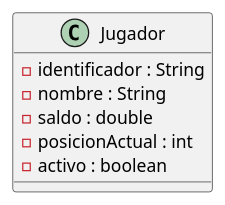
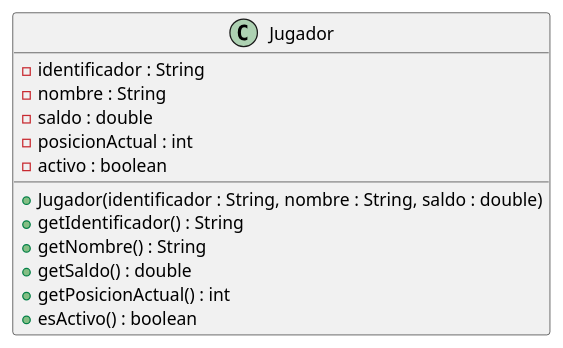
The diagram in docs/uml/monopoly.puml (rodriguez0303/Proyecto1_Algoritmos), drawn with PlantUML before and after one commit. The commit also changed 1 other file, not shown here.

Commit message:
Estructura basica de Jugador

```diff
--- a/docs/uml/monopoly.puml
+++ b/docs/uml/monopoly.puml
@@ -1,11 +1,18 @@
 @startuml monopoly
 
 class Jugador {
     - identificador : String
     - nombre : String
     - saldo : double
     - posicionActual : int
     - activo : boolean
+
+    + Jugador(identificador : String, nombre : String, saldo : double)
+    + getIdentificador() : String
+    + getNombre() : String
+    + getSaldo() : double
+    + getPosicionActual() : int
+    + esActivo() : boolean
 }
 
 @enduml
```
